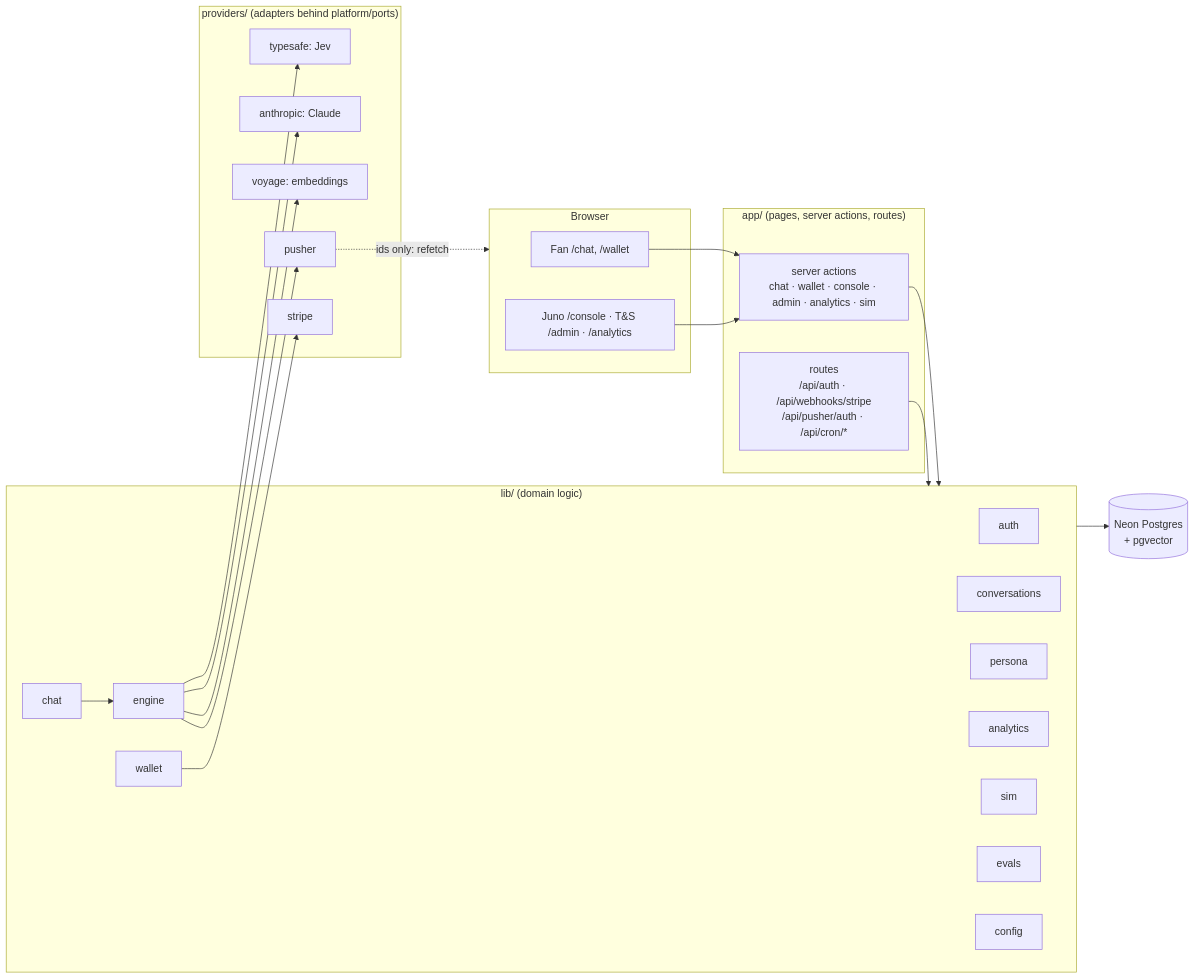
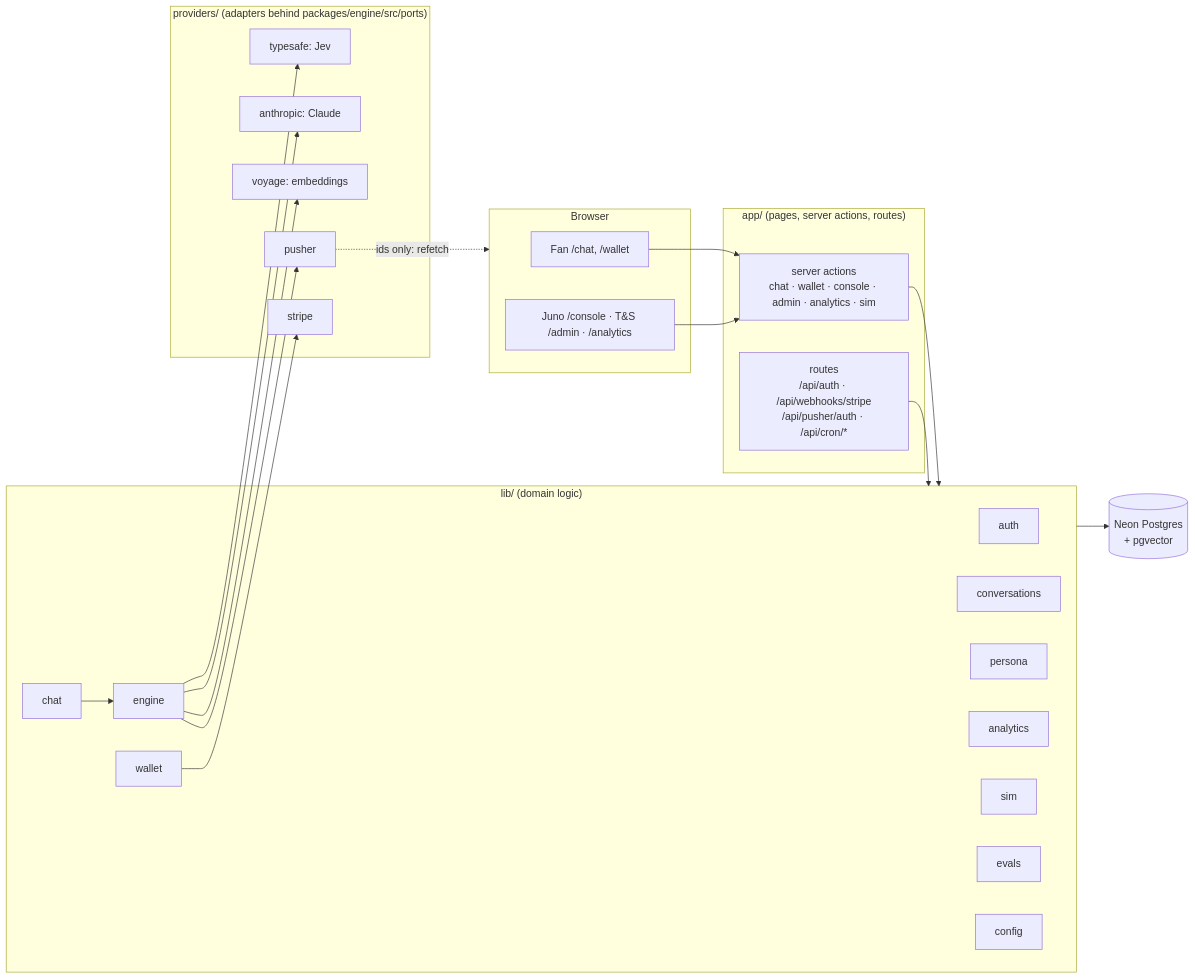
The first of 2 diagrams in docs/APP.md (jadd0/understudy), drawn with Mermaid before and after one commit. The commit also changed other lines of this file and 15 other files, not shown here.

````diff
--- a/docs/APP.md
+++ b/docs/APP.md
@@ -137,40 +137,40 @@
 ```mermaid
 flowchart LR
   subgraph Browser
     FanUI["Fan /chat, /wallet"]
     StaffUI["Juno /console · T&S /admin · /analytics"]
   end
   subgraph App["app/ (pages, server actions, routes)"]
     Actions["server actions<br/>chat · wallet · console · admin · analytics · sim"]
     Routes["routes<br/>/api/auth · /api/webhooks/stripe<br/>/api/pusher/auth · /api/cron/*"]
   end
   subgraph Lib["lib/ (domain logic)"]
     Auth[auth]
     Chat[chat]
     Engine[engine]
     Conv[conversations]
     Wallet[wallet]
     Persona[persona]
     Analytics[analytics]
     Sim[sim]
     Evals[evals]
     Config[config]
   end
-  subgraph Providers["providers/ (adapters behind platform/ports)"]
+  subgraph Providers["providers/ (adapters behind packages/engine/src/ports)"]
     Jev["typesafe: Jev"]
     Claude["anthropic: Claude"]
     Voyage["voyage: embeddings"]
     Stripe[stripe]
     Pusher[pusher]
   end
   DB[(Neon Postgres<br/>+ pgvector)]
   FanUI --> Actions
   StaffUI --> Actions
   Actions --> Lib
   Routes --> Lib
   Chat --> Engine
   Engine --> Jev & Claude & Voyage & Pusher
   Wallet --> Stripe
   Lib --> DB
   Pusher -. "ids only: refetch" .-> Browser
 ```
````
